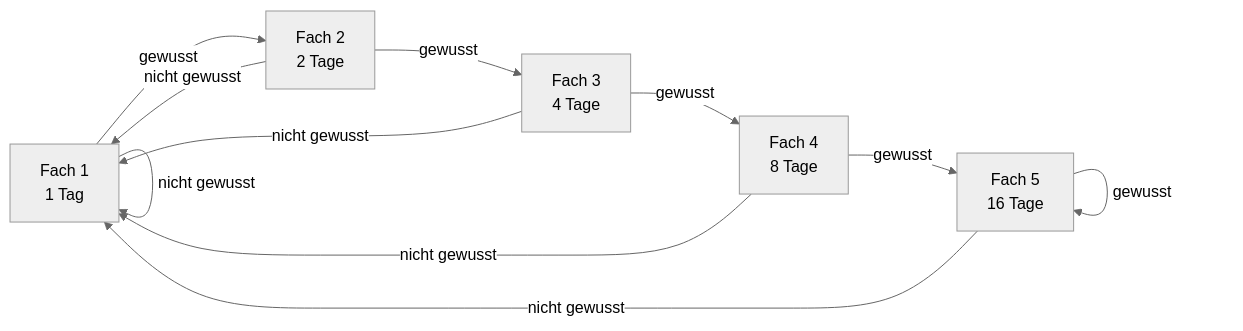
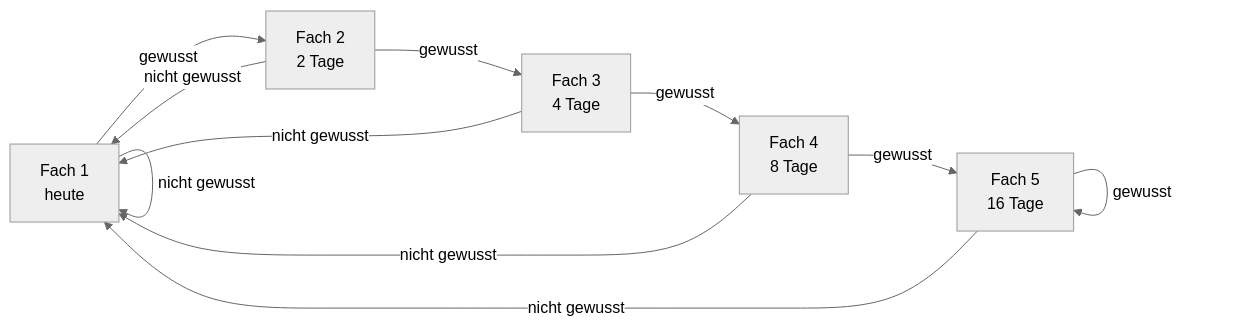
One commit to PhilipWie/flashcards-app changed the diagram in docs/technical_docu/api.md. Above: the diagram before and after it, drawn with Mermaid (neutral theme). The commit also changed other lines of this file and 2 other files, not shown here.

````diff
--- a/docs/technical_docu/api.md
+++ b/docs/technical_docu/api.md
@@ -247,10 +247,10 @@
 ```mermaid
 flowchart LR
-    F1["Fach 1<br/>1 Tag"] -- gewusst --> F2["Fach 2<br/>2 Tage"]
+    F1["Fach 1<br/>heute"] -- gewusst --> F2["Fach 2<br/>2 Tage"]
     F2 -- gewusst --> F3["Fach 3<br/>4 Tage"]
     F3 -- gewusst --> F4["Fach 4<br/>8 Tage"]
     F4 -- gewusst --> F5["Fach 5<br/>16 Tage"]
     F5 -- gewusst --> F5
     F2 & F3 & F4 & F5 -- nicht gewusst --> F1
     F1 -- nicht gewusst --> F1
 ```
````
